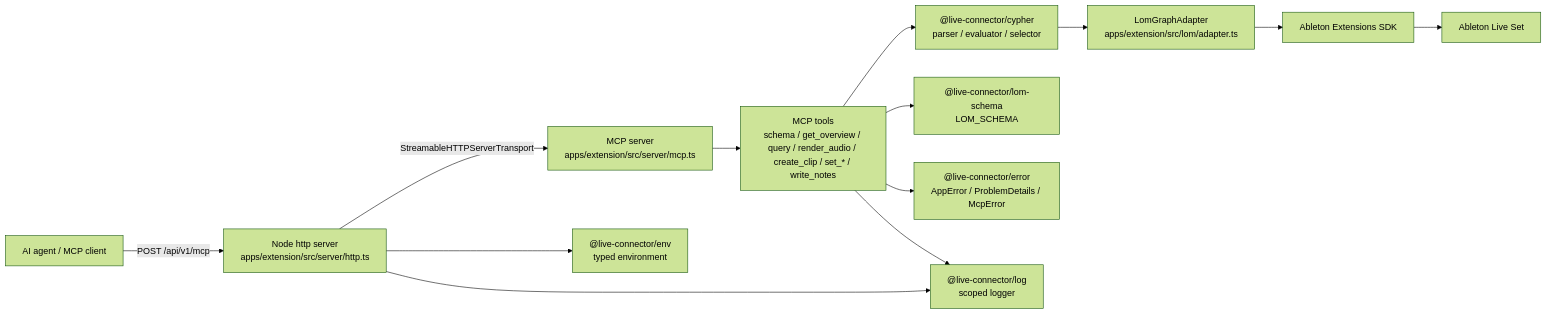
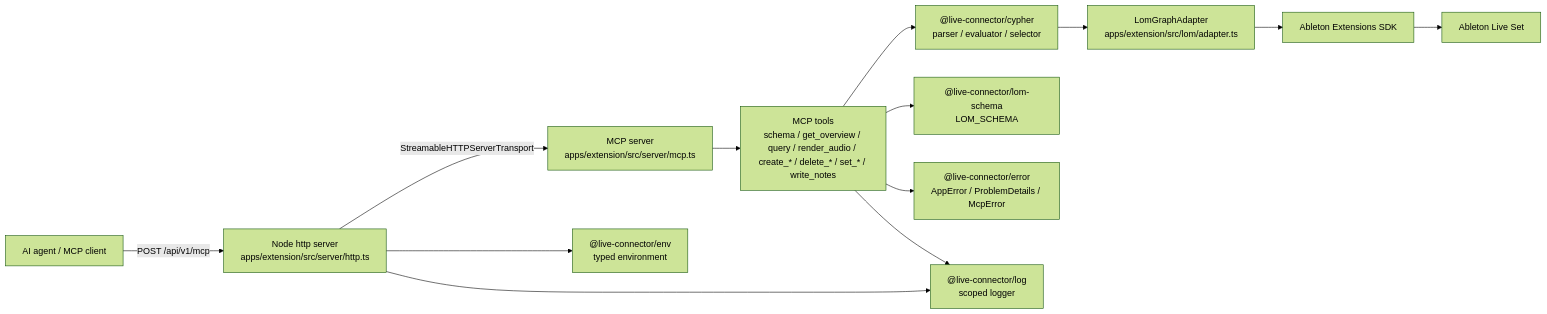
The first of 7 diagrams in llm/ARCHITECTURE.md (philtzjp/live-connector), drawn with Mermaid (forest theme) before and after one commit. The commit also changed other lines of this file and 1 other file, not shown here.

````diff
--- a/llm/ARCHITECTURE.md
+++ b/llm/ARCHITECTURE.md
@@ -9,28 +9,28 @@
 ```mermaid
 flowchart LR
     agent["AI agent / MCP client"]
     http["Node http server<br/>apps/extension/src/server/http.ts"]
     mcp["MCP server<br/>apps/extension/src/server/mcp.ts"]
-    tools["MCP tools<br/>schema / get_overview / query / render_audio / create_clip / set_* / write_notes"]
+    tools["MCP tools<br/>schema / get_overview / query / render_audio / create_* / delete_* / set_* / write_notes"]
     cypher["@live-connector/cypher<br/>parser / evaluator / selector"]
     adapter["LomGraphAdapter<br/>apps/extension/src/lom/adapter.ts"]
     sdk["Ableton Extensions SDK"]
     live["Ableton Live Set"]
     schema["@live-connector/lom-schema<br/>LOM_SCHEMA"]
     env["@live-connector/env<br/>typed environment"]
     error["@live-connector/error<br/>AppError / ProblemDetails / McpError"]
     log["@live-connector/log<br/>scoped logger"]
 
     agent -->|"POST /api/v1/mcp"| http
     http -->|"StreamableHTTPServerTransport"| mcp
     mcp --> tools
     tools --> cypher
     tools --> schema
     cypher --> adapter
     adapter --> sdk
     sdk --> live
     http --> env
     tools --> error
     http --> log
     tools --> log
 ```
````
